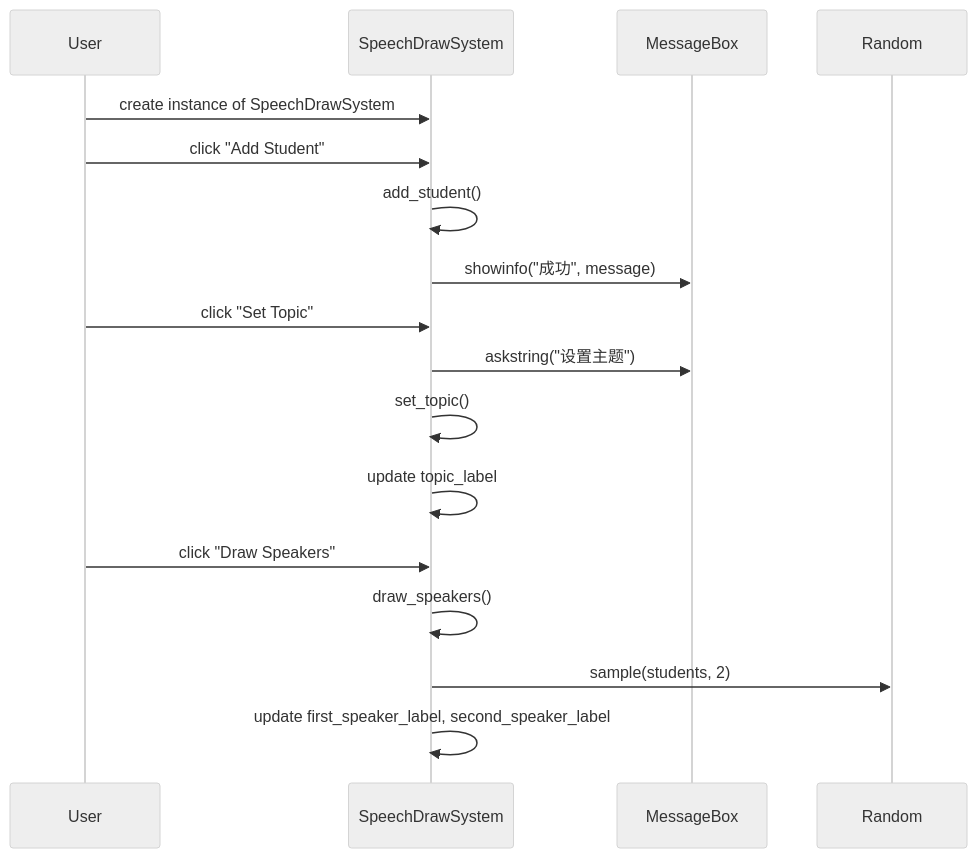
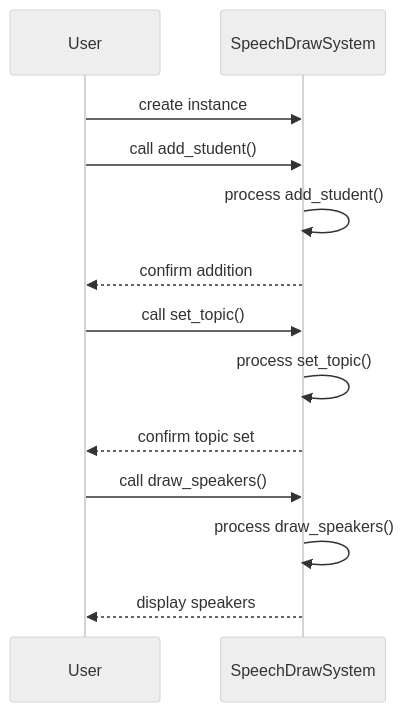
Before and after one commit to CharlieTD/iodraw-files: the diagram in all/未命名-2.md, drawn with Mermaid (neutral theme).

Commit message:
2024-07-15 23:12:46 update

````diff
--- a/all/未命名-2.md
+++ b/all/未命名-2.md
@@ -1,21 +1,15 @@
 ```mermaid
-
-
 sequenceDiagram
-    participant U as User
-    participant SD as SpeechDrawSystem
-    participant M as MessageBox
-    participant R as Random
-    U ->> SD: create instance of SpeechDrawSystem
-    U ->> SD: click "Add Student"
-    SD ->> SD: add_student()
-    SD ->> M: showinfo("成功", message)
-    U ->> SD: click "Set Topic"
-    SD ->> M: askstring("设置主题")
-    SD ->> SD: set_topic()
-    SD ->> SD: update topic_label
-    U ->> SD: click "Draw Speakers"
-    SD ->> SD: draw_speakers()
-    SD ->> R: sample(students, 2)
-    SD ->> SD: update first_speaker_label, second_speaker_label
+    participant User
+    participant SpeechDrawSystem
+    User->>SpeechDrawSystem: create instance
+    User->>SpeechDrawSystem: call add_student()
+    SpeechDrawSystem->>SpeechDrawSystem: process add_student()
+    SpeechDrawSystem-->>User: confirm addition
+    User->>SpeechDrawSystem: call set_topic()
+    SpeechDrawSystem->>SpeechDrawSystem: process set_topic()
+    SpeechDrawSystem-->>User: confirm topic set
+    User->>SpeechDrawSystem: call draw_speakers()
+    SpeechDrawSystem->>SpeechDrawSystem: process draw_speakers()
+    SpeechDrawSystem-->>User: display speakers
 ```
````
